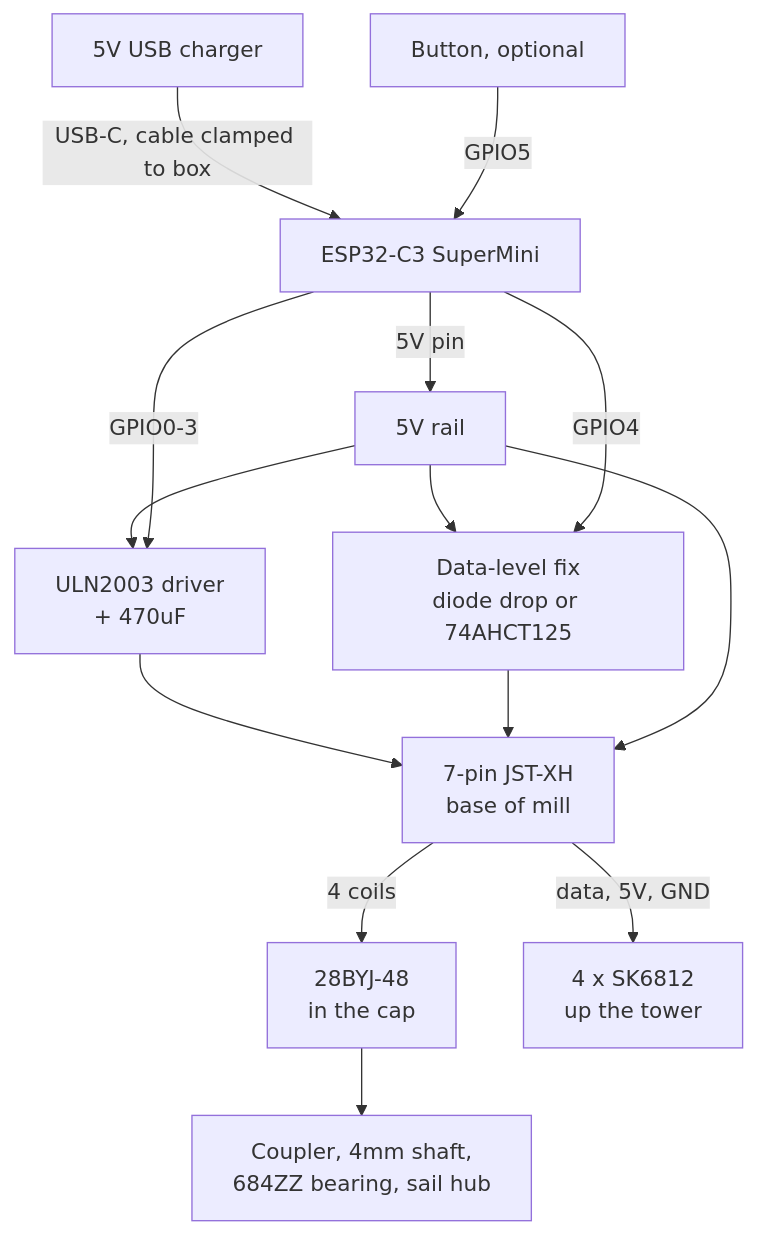
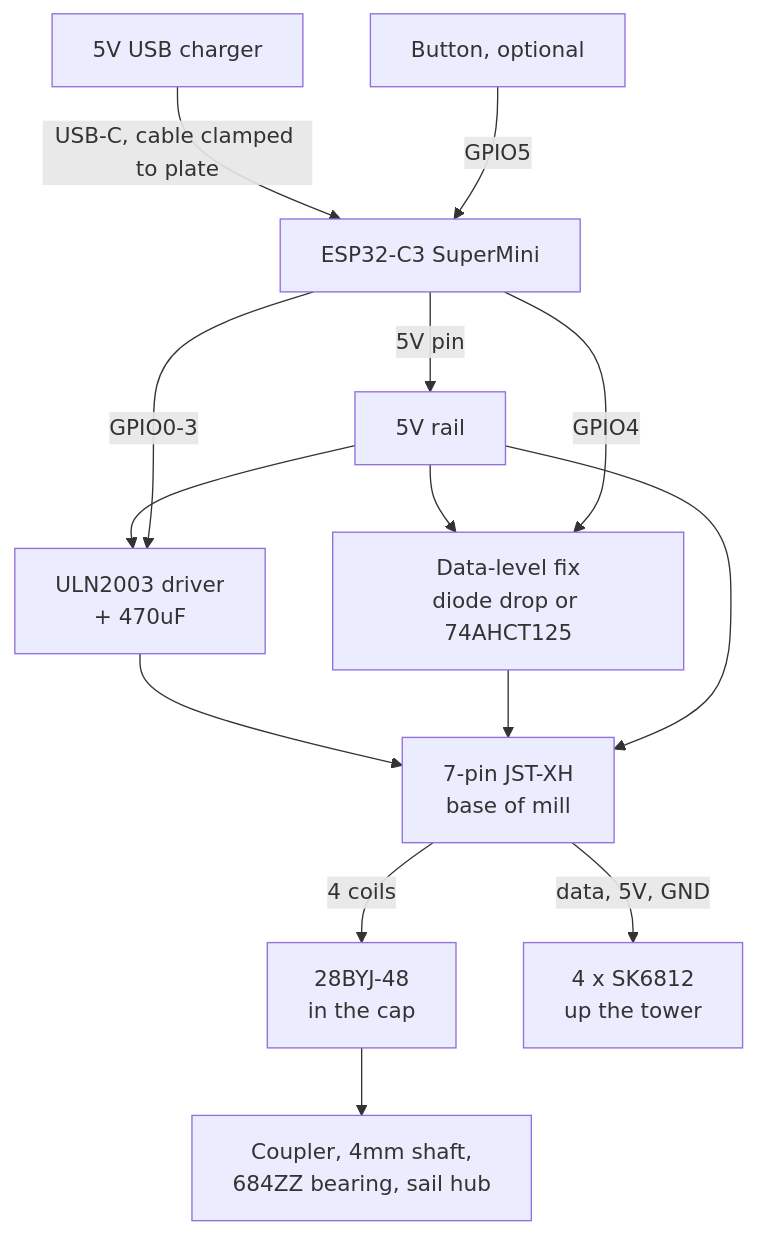
Before and after one commit to pturner1989/esp-windmill: the diagram in spec.md, drawn with Mermaid. The commit also changed other lines of this file, not shown here.

First line of the commit message:
docs(spec): move electronics into the mill base, drop the base box

````diff
--- a/spec.md
+++ b/spec.md
@@ -230,21 +234,21 @@
 ```mermaid
 flowchart TD
-  PSU[5V USB charger] -->|USB-C, cable clamped to box| ESP[ESP32-C3 SuperMini]
+  PSU[5V USB charger] -->|USB-C, cable clamped to plate| ESP[ESP32-C3 SuperMini]
 
   ESP -->|5V pin| RAIL[5V rail]
   RAIL --> ULN[ULN2003 driver<br/>+ 470uF]
   RAIL --> SHIFT[Data-level fix<br/>diode drop or 74AHCT125]
 
   ESP -->|GPIO0-3| ULN
   ESP -->|GPIO4| SHIFT
   BTN[Button, optional] -->|GPIO5| ESP
 
   ULN --> J7
   SHIFT --> J7
   RAIL --> J7[7-pin JST-XH<br/>base of mill]
 
   J7 -->|4 coils| MOT[28BYJ-48<br/>in the cap]
   J7 -->|data, 5V, GND| PIX[4 x SK6812<br/>up the tower]
 
   MOT --> SHAFT[Coupler, 4mm shaft,<br/>684ZZ bearing, sail hub]
 ```
````
